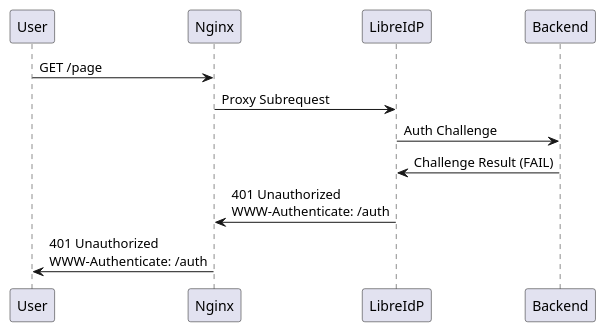
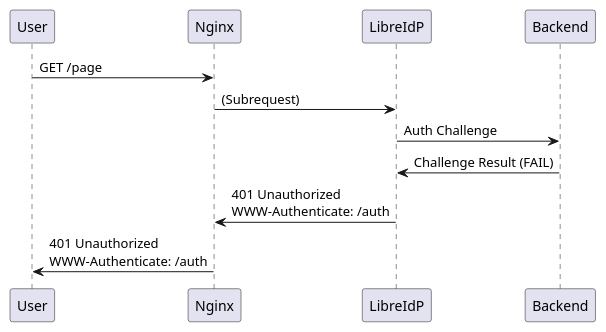
Before and after one commit to AmateurECE/twardyece-blog: the first of 4 diagrams in _posts/2022-08-13-libreidp.md, drawn with PlantUML. The commit also changed 1 other file, not shown here.

Commit message:
Update posts on LibreIdP

```diff
--- a/_posts/2022-08-13-libreidp.md
+++ b/_posts/2022-08-13-libreidp.md
@@ -47,8 +47,8 @@
 {% plantuml %}
 User -> Nginx: GET /page
-Nginx -> LibreIdP: Proxy Subrequest
+Nginx -> LibreIdP: (Subrequest)
 LibreIdP -> Backend: Auth Challenge
 Backend -> LibreIdP: Challenge Result (FAIL)
 LibreIdP -> Nginx: 401 Unauthorized\nWWW-Authenticate: /auth
 Nginx -> User: 401 Unauthorized\nWWW-Authenticate: /auth
 {% endplantuml %}
```
